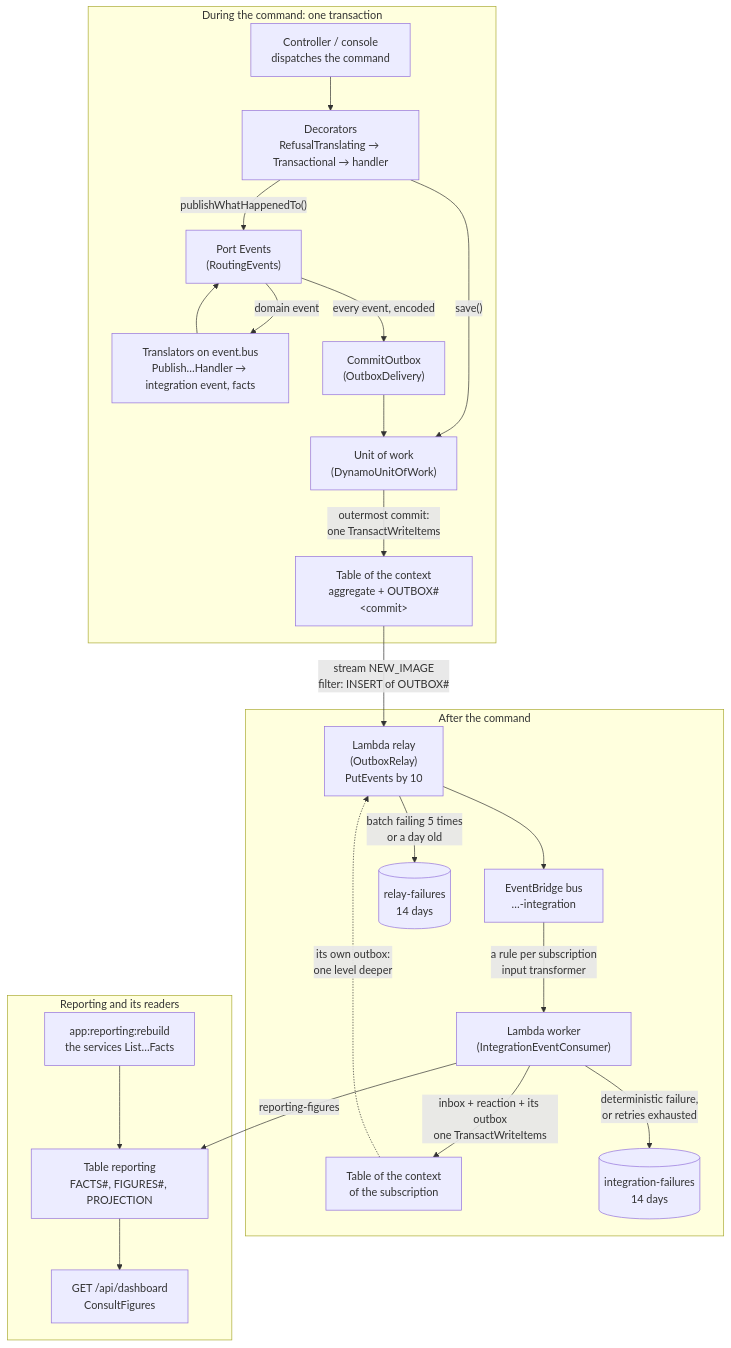
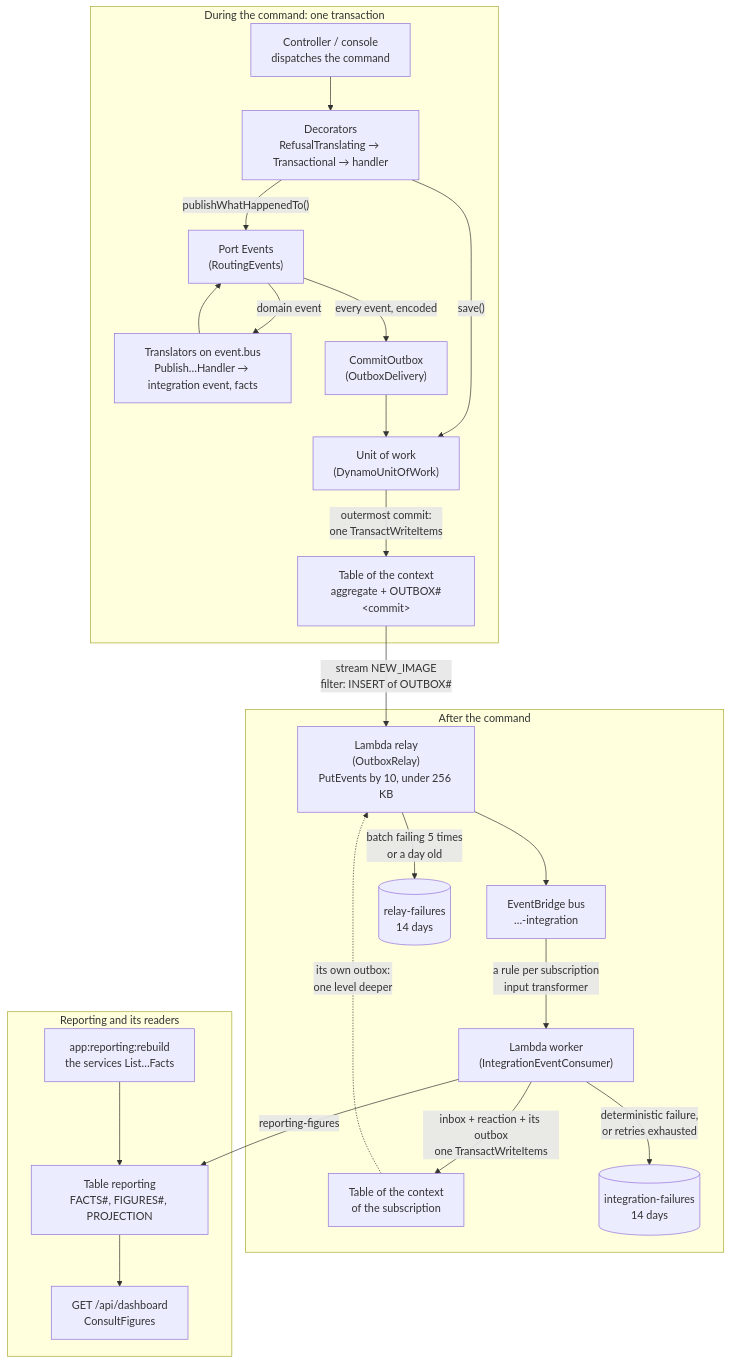
The first of 3 diagrams in docs/architecture/messaging.md (SO-LEAN/prospecterapp), drawn with Mermaid before and after one commit. The commit also changed 4 other files, not shown here.

Commit message:
docs: the relay puts by ten and under 256 KB, and ADR 0154 keeps its supersession by 0161

````diff
--- a/docs/architecture/messaging.md
+++ b/docs/architecture/messaging.md
@@ -20,27 +20,27 @@
 ```mermaid
 flowchart TD
   subgraph CMD["During the command: one transaction"]
     C["Controller / console<br/>dispatches the command"] --> H["Decorators<br/>RefusalTranslating → Transactional → handler"]
     H -- "save()" --> UOW["Unit of work<br/>(DynamoUnitOfWork)"]
     H -- "publishWhatHappenedTo()" --> EV["Port Events<br/>(RoutingEvents)"]
     EV -- "domain event" --> TR["Translators on event.bus<br/>Publish…Handler → integration event, facts"]
     TR --> EV
     EV -- "every event, encoded" --> OB["CommitOutbox<br/>(OutboxDelivery)"]
     OB --> UOW
     UOW -- "outermost commit:<br/>one TransactWriteItems" --> T["Table of the context<br/>aggregate + OUTBOX#&lt;commit&gt;"]
   end
   subgraph ASYNC["After the command"]
-    T -- "stream NEW_IMAGE<br/>filter: INSERT of OUTBOX#" --> RL["Lambda relay<br/>(OutboxRelay)<br/>PutEvents by 10"]
+    T -- "stream NEW_IMAGE<br/>filter: INSERT of OUTBOX#" --> RL["Lambda relay<br/>(OutboxRelay)<br/>PutEvents by 10, under 256 KB"]
     RL --> BUS["EventBridge bus<br/>…-integration"]
     BUS -- "a rule per subscription<br/>input transformer" --> WK["Lambda worker<br/>(IntegrationEventConsumer)"]
     WK -- "inbox + reaction + its outbox<br/>one TransactWriteItems" --> T2["Table of the context<br/>of the subscription"]
     T2 -. "its own outbox:<br/>one level deeper" .-> RL
     WK -- "deterministic failure,<br/>or retries exhausted" --> FQ[("integration-failures<br/>14 days")]
     RL -- "batch failing 5 times<br/>or a day old" --> RQ[("relay-failures<br/>14 days")]
   end
   subgraph READ["Reporting and its readers"]
     WK -- "reporting-figures" --> RT["Table reporting<br/>FACTS#, FIGURES#, PROJECTION"]
     RB["app:reporting:rebuild<br/>the services List…Facts"] --> RT
     RT --> DB["GET /api/dashboard<br/>ConsultFigures"]
   end
 ```
````
